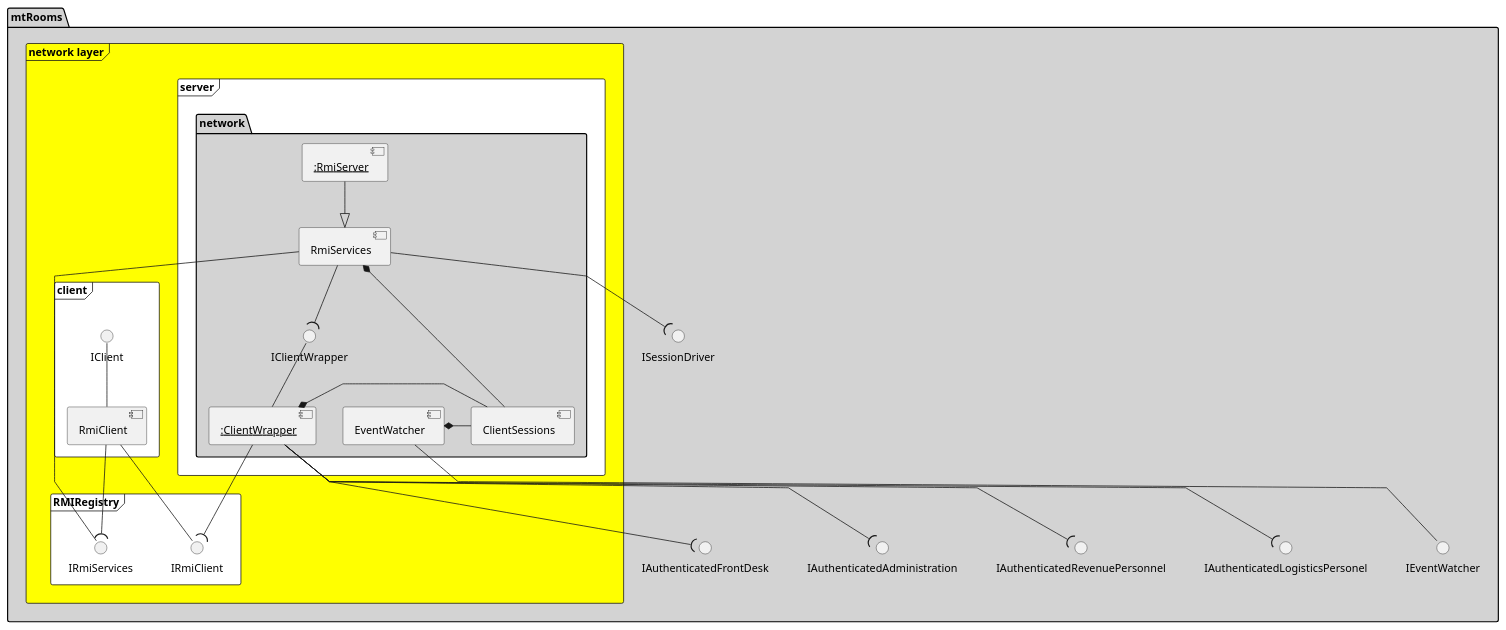
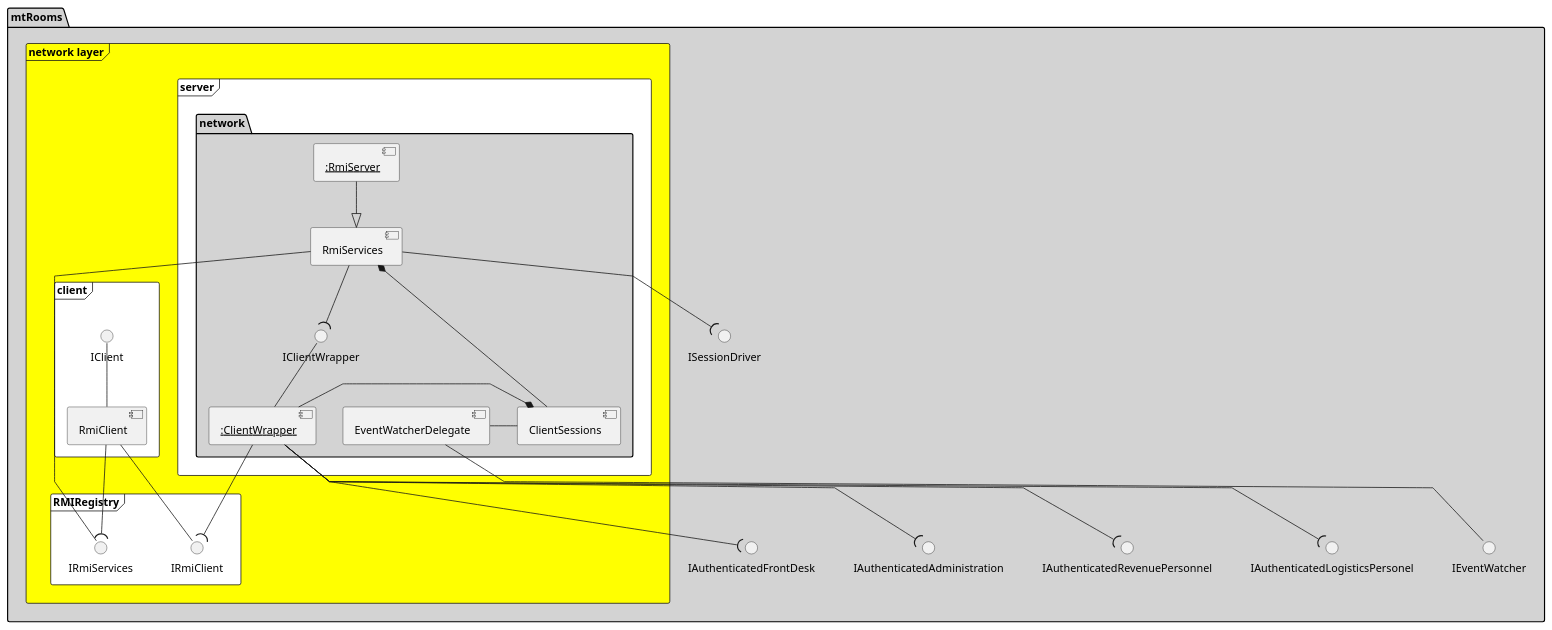
The diagram in docs/uml/architecture/network.puml (BBKbeam/mtRooms), drawn with PlantUML before and after one commit. The commit also changed 6 other files, not shown here.

Commit message:
[network] Added some logger instantiations on the client side; [log_config.cfg] Added one for the frontend runs and edited the backend to only show msg and output to console only; [uml] Small corrections.

```diff
--- a/docs/uml/architecture/network.puml
+++ b/docs/uml/architecture/network.puml
@@ -1,54 +1,54 @@
 @startuml
 
 'skinparam linetype ortho
 skinparam linetype polyline
 'skinparam monochrome true
 
 skinparam package {
     backgroundColor lightgrey
 }
 
 package mtRooms {
     frame "network layer" #yellow {
         frame "client" #white {
             IClient -- [RmiClient]
         }
 
         frame RMIRegistry as RMIRegistry #white {
             interface IRmiServices
             interface IRmiClient
         }
 
         frame "server" #white {
             package "network" {
                 [<u>:ClientWrapper] as ClientWrapper
                 [<u>:RmiServer] as RmiServer
                 component RmiServices
                 component ClientSessions
-                component EventWatcher
+                component EventWatcherDelegate
                 IClientWrapper -- ClientWrapper
 
                 RmiServices --( IClientWrapper
                 RmiServer --|> RmiServices
-                ClientWrapper *- ClientSessions
-                EventWatcher *- ClientSessions
+                ClientWrapper -* ClientSessions
+                EventWatcherDelegate - ClientSessions
             }
 
         }
 
         ClientWrapper --( IRmiClient
         RmiServices *-- ClientSessions
         RmiClient --( IRmiServices
         RmiClient -- IRmiClient
         IRmiServices -- RmiServices
     }
 
-    EventWatcher -down- IEventWatcher
+    EventWatcherDelegate -down- IEventWatcher
     RmiServices -down-( ISessionDriver
     ClientWrapper -down-( IAuthenticatedFrontDesk
     ClientWrapper -down-( IAuthenticatedAdministration
     ClientWrapper -down-( IAuthenticatedRevenuePersonnel
     ClientWrapper -down-( IAuthenticatedLogisticsPersonel
 }
 
 @enduml
```
